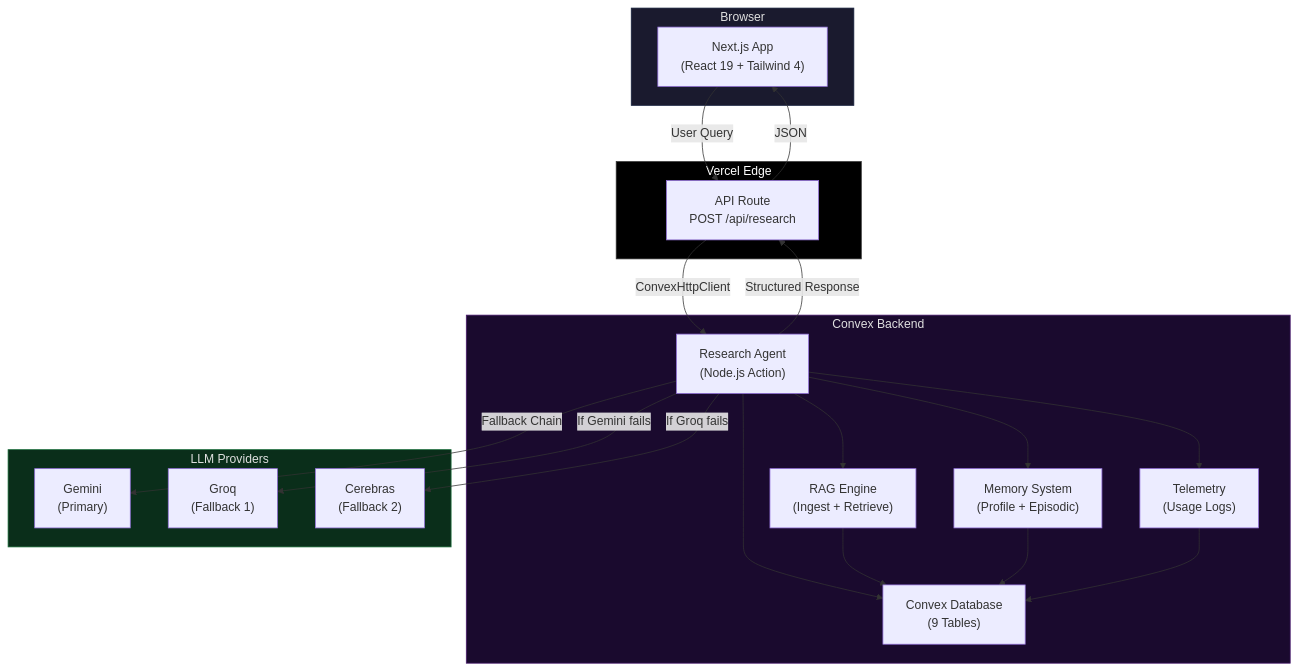
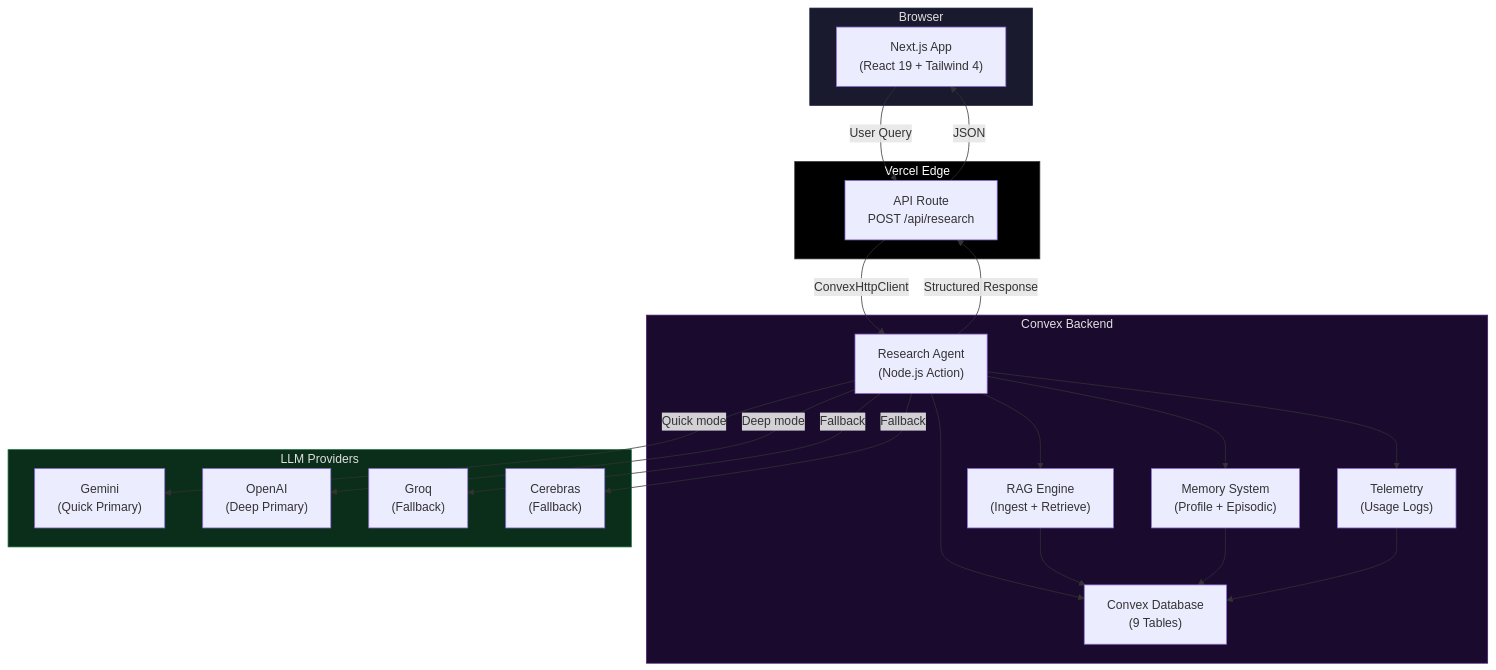
The first of 4 diagrams in README.md (subalkum/prism), drawn with Mermaid before and after one commit. The commit also changed other lines of this file, not shown here.

````diff
--- a/README.md
+++ b/README.md
@@ -59,44 +59,46 @@
 ```mermaid
 graph TB
     subgraph Client["Browser"]
         UI["Next.js App<br/>(React 19 + Tailwind 4)"]
     end
 
     subgraph Vercel["Vercel Edge"]
         API["API Route<br/>POST /api/research"]
     end
 
     subgraph ConvexCloud["Convex Backend"]
         Agent["Research Agent<br/>(Node.js Action)"]
         DB["Convex Database<br/>(9 Tables)"]
         RAG["RAG Engine<br/>(Ingest + Retrieve)"]
         Memory["Memory System<br/>(Profile + Episodic)"]
         Metrics["Telemetry<br/>(Usage Logs)"]
     end
 
     subgraph LLMs["LLM Providers"]
-        Gemini["Gemini<br/>(Primary)"]
-        Groq["Groq<br/>(Fallback 1)"]
-        Cerebras["Cerebras<br/>(Fallback 2)"]
+        Gemini["Gemini<br/>(Quick Primary)"]
+        OpenAI["OpenAI<br/>(Deep Primary)"]
+        Groq["Groq<br/>(Fallback)"]
+        Cerebras["Cerebras<br/>(Fallback)"]
     end
 
     UI -->|"User Query"| API
     API -->|"ConvexHttpClient"| Agent
     Agent --> RAG
     Agent --> Memory
     Agent --> Metrics
     Agent --> DB
     RAG --> DB
     Memory --> DB
     Metrics --> DB
-    Agent -->|"Fallback Chain"| Gemini
-    Agent -->|"If Gemini fails"| Groq
-    Agent -->|"If Groq fails"| Cerebras
+    Agent -->|"Quick mode"| Gemini
+    Agent -->|"Deep mode"| OpenAI
+    Agent -->|"Fallback"| Groq
+    Agent -->|"Fallback"| Cerebras
     Agent -->|"Structured Response"| API
     API -->|"JSON"| UI
 
     style Client fill:#1a1a2e,stroke:#16213e,color:#e0e0e0
     style Vercel fill:#000000,stroke:#333,color:#fff
     style ConvexCloud fill:#1a0a2e,stroke:#4a1a6e,color:#e0e0e0
     style LLMs fill:#0a2e1a,stroke:#1a6e3a,color:#e0e0e0
 ```
````
